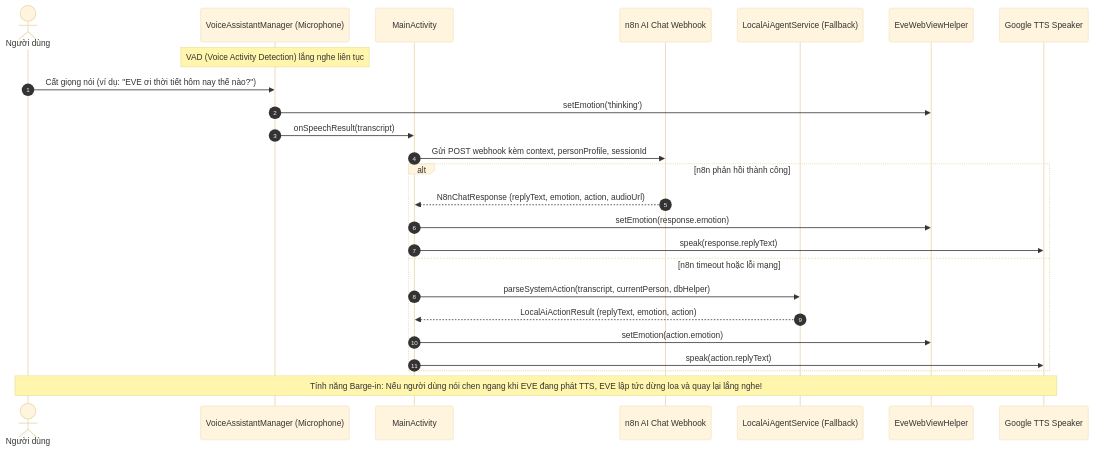
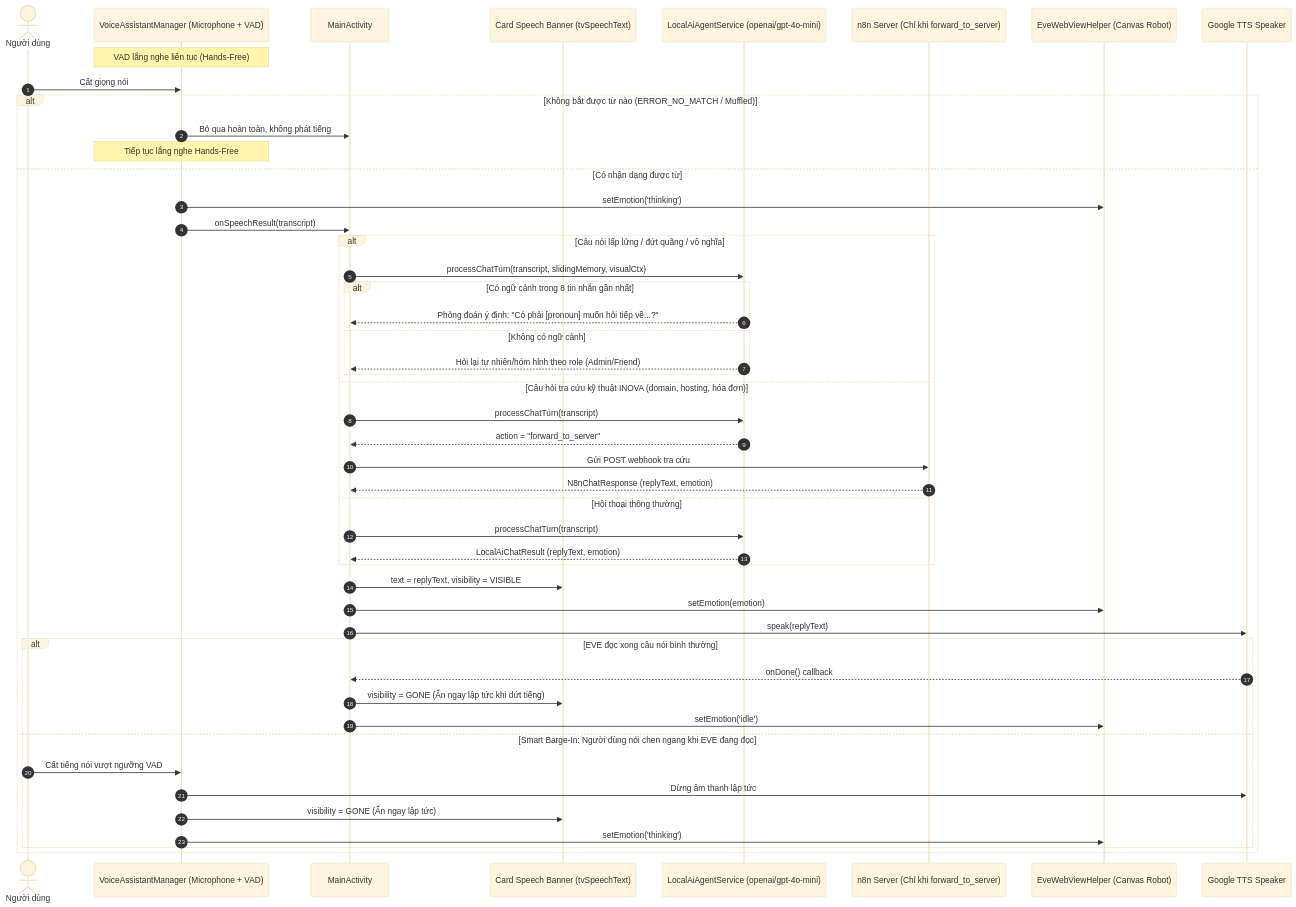
One commit to namth/eve-app changed the fourth of 5 diagrams in docs/SYSTEM_FLOWS.md. Above: the diagram before and after it, drawn with Mermaid (base theme). The commit also changed other lines of this file and 7 other files, not shown here.

Commit message:
fix: resolve new person registration and enrollment flow in local ai agent

````diff
--- a/docs/SYSTEM_FLOWS.md
+++ b/docs/SYSTEM_FLOWS.md
@@ -122,30 +123,55 @@
 ```mermaid
 sequenceDiagram
     autonumber
     actor User as Người dùng
-    participant Mic as VoiceAssistantManager (Microphone)
+    participant Mic as VoiceAssistantManager (Microphone + VAD)
     participant Main as MainActivity
-    participant N8n as n8n AI Chat Webhook
-    participant Agent as LocalAiAgentService (Fallback)
-    participant UI as EveWebViewHelper
+    participant Banner as Card Speech Banner (tvSpeechText)
+    participant Agent as LocalAiAgentService (openai/gpt-4o-mini)
+    participant N8n as n8n Server (Chỉ khi forward_to_server)
+    participant UI as EveWebViewHelper (Canvas Robot)
     participant TTS as Google TTS Speaker
 
-    Note over Mic: VAD (Voice Activity Detection) lắng nghe liên tục
-    User->>Mic: Cất giọng nói (ví dụ: "EVE ơi thời tiết hôm nay thế nào?")
-    Mic->>UI: setEmotion('thinking')
-    Mic->>Main: onSpeechResult(transcript)
-    
-    Main->>N8n: Gửi POST webhook kèm context, personProfile, sessionId
-    alt n8n phản hồi thành công
-        N8n-->>Main: N8nChatResponse (replyText, emotion, action, audioUrl)
-        Main->>UI: setEmotion(response.emotion)
-        Main->>TTS: speak(response.replyText)
-    else n8n timeout hoặc lỗi mạng
-        Main->>Agent: parseSystemAction(transcript, currentPerson, dbHelper)
-        Agent-->>Main: LocalAiActionResult (replyText, emotion, action)
-        Main->>UI: setEmotion(action.emotion)
-        Main->>TTS: speak(action.replyText)
+    Note over Mic: VAD lắng nghe liên tục (Hands-Free)
+    User->>Mic: Cất giọng nói
+
+    alt Không bắt được từ nào (ERROR_NO_MATCH / Muffled)
+        Mic->>Main: Bỏ qua hoàn toàn, không phát tiếng
+        Note over Mic: Tiếp tục lắng nghe Hands-Free
+    else Có nhận dạng được từ
+        Mic->>UI: setEmotion('thinking')
+        Mic->>Main: onSpeechResult(transcript)
+
+        alt Câu nói lấp lửng / đứt quãng / vô nghĩa
+            Main->>Agent: processChatTurn(transcript, slidingMemory, visualCtx)
+            alt Có ngữ cảnh trong 8 tin nhắn gần nhất
+                Agent-->>Main: Phỏng đoán ý định: "Có phải [pronoun] muốn hỏi tiếp về...?"
+            else Không có ngữ cảnh
+                Agent-->>Main: Hỏi lại tự nhiên/hóm hỉnh theo role (Admin/Friend)
+            end
+        else Câu hỏi tra cứu kỹ thuật INOVA (domain, hosting, hóa đơn)
+            Main->>Agent: processChatTurn(transcript)
+            Agent-->>Main: action = "forward_to_server"
+            Main->>N8n: Gửi POST webhook tra cứu
+            N8n-->>Main: N8nChatResponse (replyText, emotion)
+        else Hội thoại thông thường
+            Main->>Agent: processChatTurn(transcript)
+            Agent-->>Main: LocalAiChatResult (replyText, emotion)
+        end
+
+        Main->>Banner: text = replyText, visibility = VISIBLE
+        Main->>UI: setEmotion(emotion)
+        Main->>TTS: speak(replyText)
+        
+        alt EVE đọc xong câu nói bình thường
+            TTS-->>Main: onDone() callback
+            Main->>Banner: visibility = GONE (Ẩn ngay lập tức khi dứt tiếng)
+            Main->>UI: setEmotion('idle')
+        else Smart Barge-In: Người dùng nói chen ngang khi EVE đang đọc
+            User->>Mic: Cất tiếng nói vượt ngưỡng VAD
+            Mic->>TTS: Dừng âm thanh lập tức
+            Mic->>Banner: visibility = GONE (Ẩn ngay lập tức)
+            Mic->>UI: setEmotion('thinking')
+        end
     end
-
-    Note over TTS,User: Tính năng Barge-in: Nếu người dùng nói chen ngang khi EVE đang phát TTS, EVE lập tức dừng loa và quay lại lắng nghe!
 ```
````
